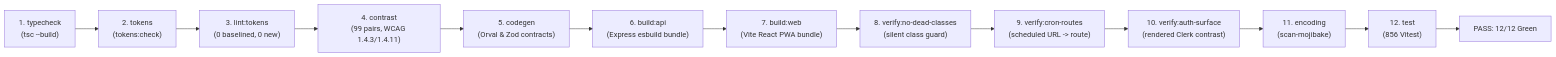
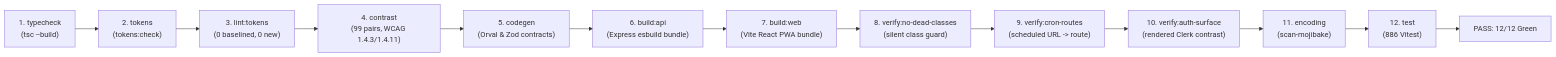
The second of 2 diagrams in spec/master-verification-matrix.md (Driftloom/TaskOS), drawn with Mermaid before and after one commit. The commit also changed other lines of this file and 47 other files, not shown here.

````diff
--- a/spec/master-verification-matrix.md
+++ b/spec/master-verification-matrix.md
@@ -205,15 +205,15 @@
 ```mermaid
 flowchart LR
     G1["1. typecheck<br/>(tsc --build)"] --> G2["2. tokens<br/>(tokens:check)"]
     G2 --> G3["3. lint:tokens<br/>(0 baselined, 0 new)"]
     G3 --> G4["4. contrast<br/>(99 pairs, WCAG 1.4.3/1.4.11)"]
     G4 --> G5["5. codegen<br/>(Orval & Zod contracts)"]
     G5 --> G6["6. build:api<br/>(Express esbuild bundle)"]
     G6 --> G7["7. build:web<br/>(Vite React PWA bundle)"]
     G7 --> G8["8. verify:no-dead-classes<br/>(silent class guard)"]
     G8 --> G9["9. verify:cron-routes<br/>(scheduled URL -> route)"]
     G9 --> G10["10. verify:auth-surface<br/>(rendered Clerk contrast)"]
     G10 --> G11["11. encoding<br/>(scan-mojibake)"]
-    G11 --> G12["12. test<br/>(856 Vitest)"]
+    G11 --> G12["12. test<br/>(886 Vitest)"]
     G12 --> Green["PASS: 12/12 Green"]
 ```
````
